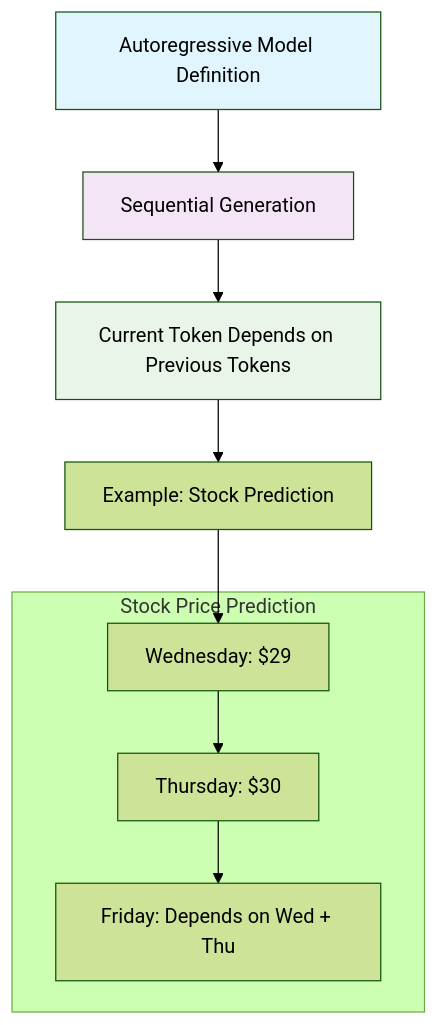
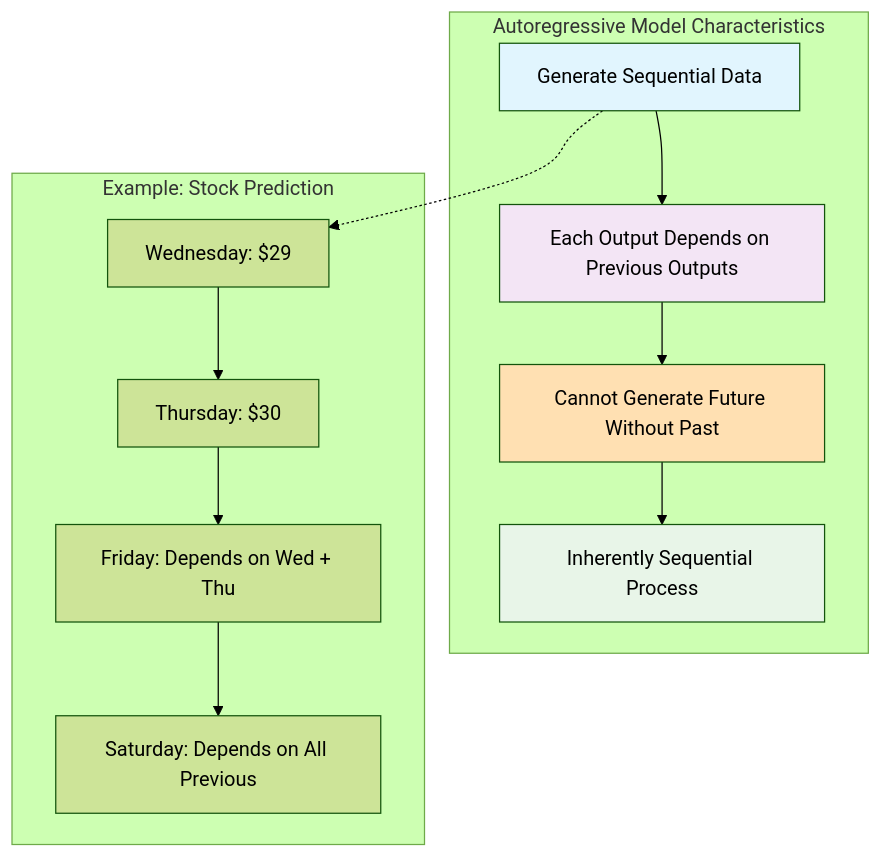
The second of 55 diagrams in CampusX/100-days-deep-learning/81-masked-multi-head-attention-transformer-decoder.md (Sankhyesh/AI-Learning-Roadmap-2024), drawn with Mermaid (forest theme) before and after one commit. The commit also changed other lines of this file, not shown here.

````diff
--- a/CampusX/100-days-deep-learning/81-masked-multi-head-attention-transformer-decoder.md
+++ b/CampusX/100-days-deep-learning/81-masked-multi-head-attention-transformer-decoder.md
@@ -15,17 +86,21 @@
 ```mermaid
 graph TD
-    A[Autoregressive Model Definition] --> B[Sequential Generation]
-    B --> C[Current Token Depends on Previous Tokens]
-    C --> D[Example: Stock Prediction]
-    
-    subgraph "Stock Price Prediction"
-        D1[Wednesday: $29] --> D2[Thursday: $30]
-        D2 --> D3[Friday: Depends on Wed + Thu]
+    subgraph "Autoregressive Model Characteristics"
+        A[Generate Sequential Data] --> B[Each Output Depends on Previous Outputs]
+        B --> C[Cannot Generate Future Without Past]
+        C --> D[Inherently Sequential Process]
     end
     
-    D --> D1
+    subgraph "Example: Stock Prediction"
+        E[Wednesday: $29] --> F[Thursday: $30]
+        F --> G[Friday: Depends on Wed + Thu]
+        G --> H[Saturday: Depends on All Previous]
+    end
+    
+    A -.-> E
     
     style A fill:#e1f5fe
     style B fill:#f3e5f5
-    style C fill:#e8f5e8
+    style C fill:#ffe0b2
+    style D fill:#e8f5e8
 ```
````
